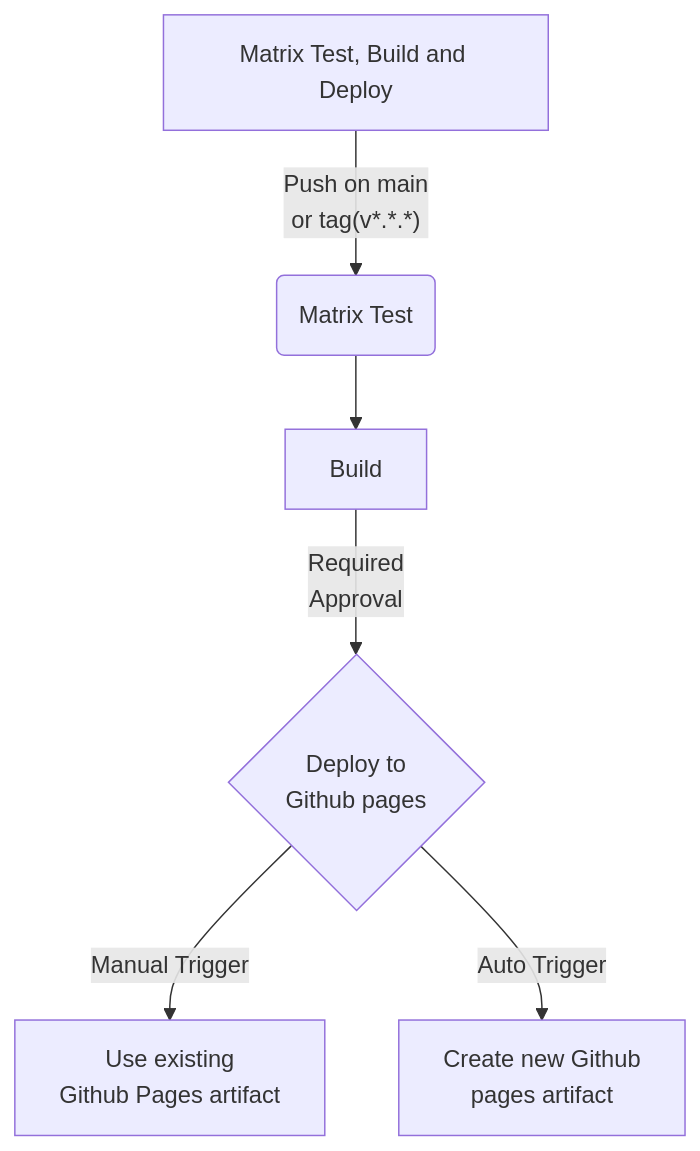
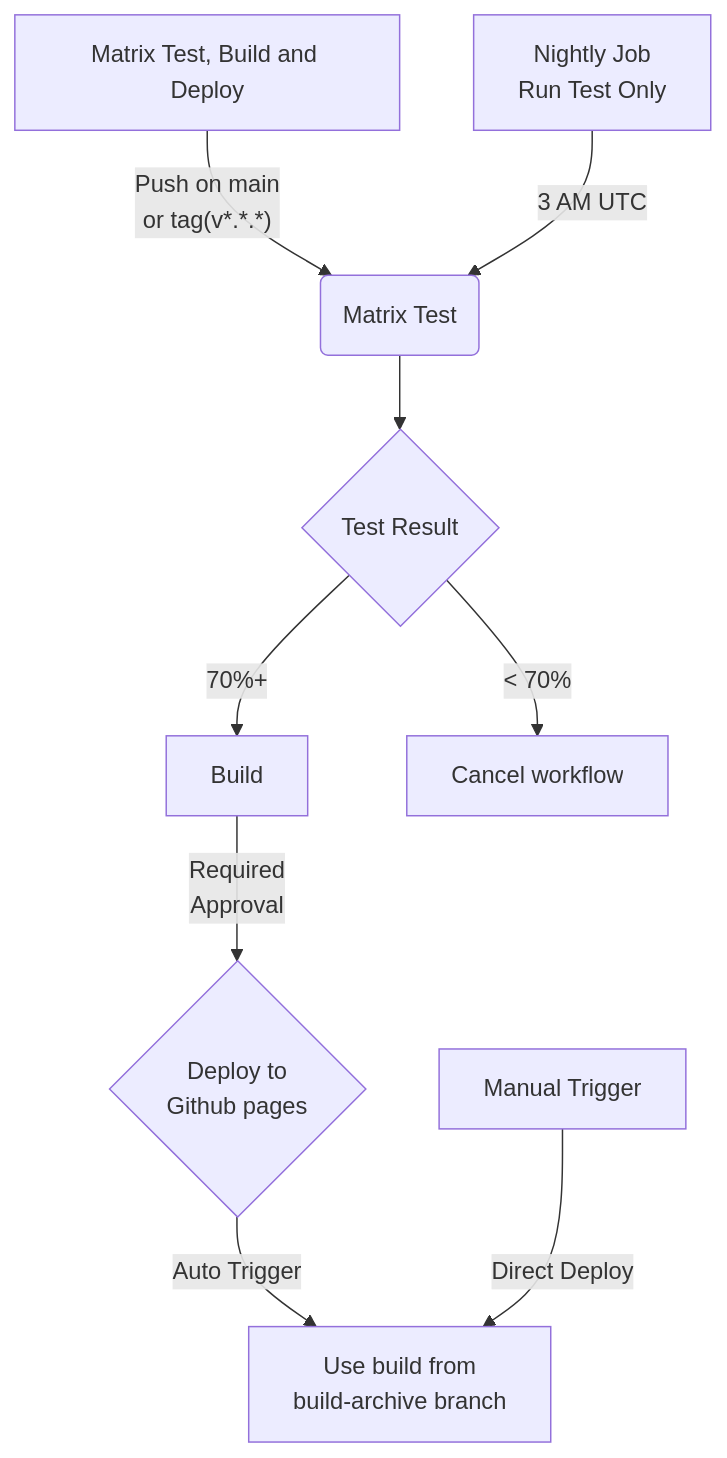
Before and after one commit to Saadullahkhan3/Github-Actions-Pipelines-Demo: the second of 2 diagrams in README.md, drawn with Mermaid. The commit also changed other lines of this file and 1 other file, not shown here.

````diff
--- a/README.md
+++ b/README.md
@@ -35,8 +45,10 @@
 ```mermaid
 flowchart TD
     A[Matrix Test, Build and Deploy] -->|"Push on main<br/> or tag(v*.*.*)"| B(Matrix Test)
-    B --> C[Build]
-    C --> |"Required<br/>Approval"| D{"Deploy to <br/>Github pages"}
-    D -->|Manual Trigger| E["Use existing<br/>Github Pages artifact"]
-    D -->|Auto Trigger| F["Create new Github<br/> pages artifact"]
+    B --> C{"Test Result"} 
+    C --> |"70%+"| D[Build] --> |"Required<br/>Approval"| E{"Deploy to <br/>Github pages"}
+    C --> |"< 70%"| T["Cancel workflow"]
+    E -->|Auto Trigger| F["Use build from <br/>build-archive branch"]
+    Y["Manual Trigger"] -->|Direct Deploy| F
+    Z["Nightly Job<br/>Run Test Only"] --> |"3 AM UTC"| B
 ```
````
